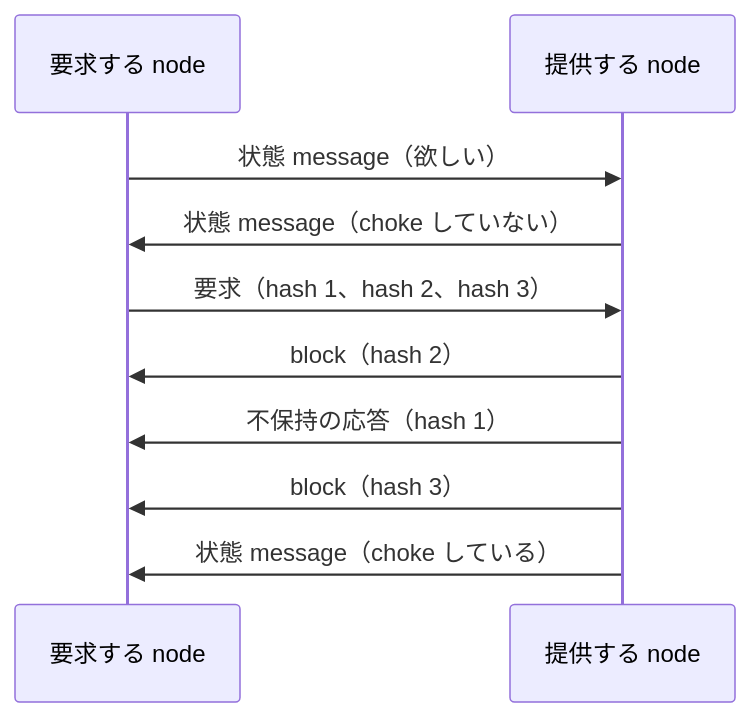
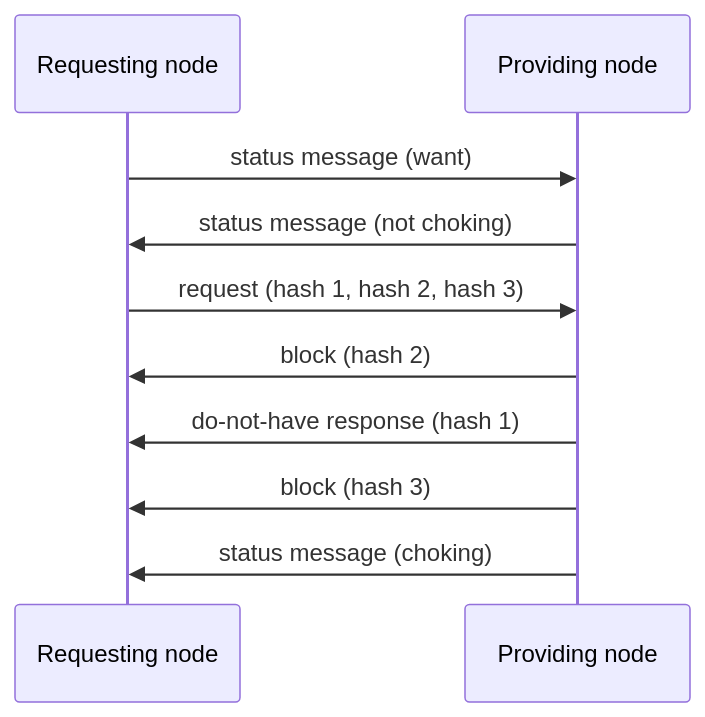
Before and after one commit to omnius-labs/axus: the fourth of 4 diagrams in docs/design/file-transfer.md, drawn with Mermaid. The commit also changed other lines of this file and 9 other files, not shown here.

````diff
--- a/docs/design/file-transfer.md
+++ b/docs/design/file-transfer.md
@@ -250,13 +250,13 @@
 ```mermaid
 sequenceDiagram
-    participant A as 要求する node
-    participant B as 提供する node
+    participant A as Requesting node
+    participant B as Providing node
 
-    A->>B: 状態 message（欲しい）
-    B->>A: 状態 message（choke していない）
-    A->>B: 要求（hash 1、hash 2、hash 3）
-    B->>A: block（hash 2）
-    B->>A: 不保持の応答（hash 1）
-    B->>A: block（hash 3）
-    B->>A: 状態 message（choke している）
+    A->>B: status message (want)
+    B->>A: status message (not choking)
+    A->>B: request (hash 1, hash 2, hash 3)
+    B->>A: block (hash 2)
+    B->>A: do-not-have response (hash 1)
+    B->>A: block (hash 3)
+    B->>A: status message (choking)
 ```
````
